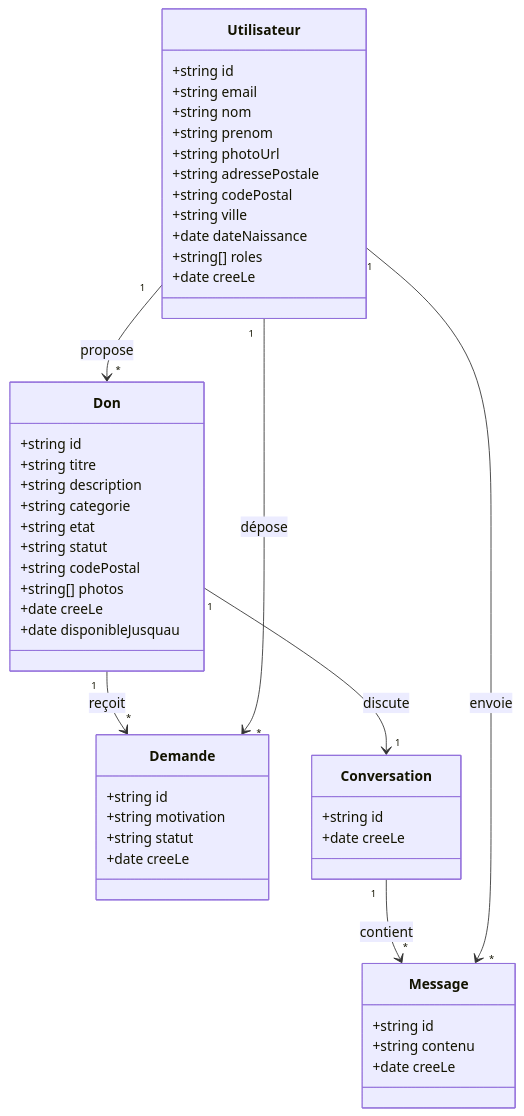
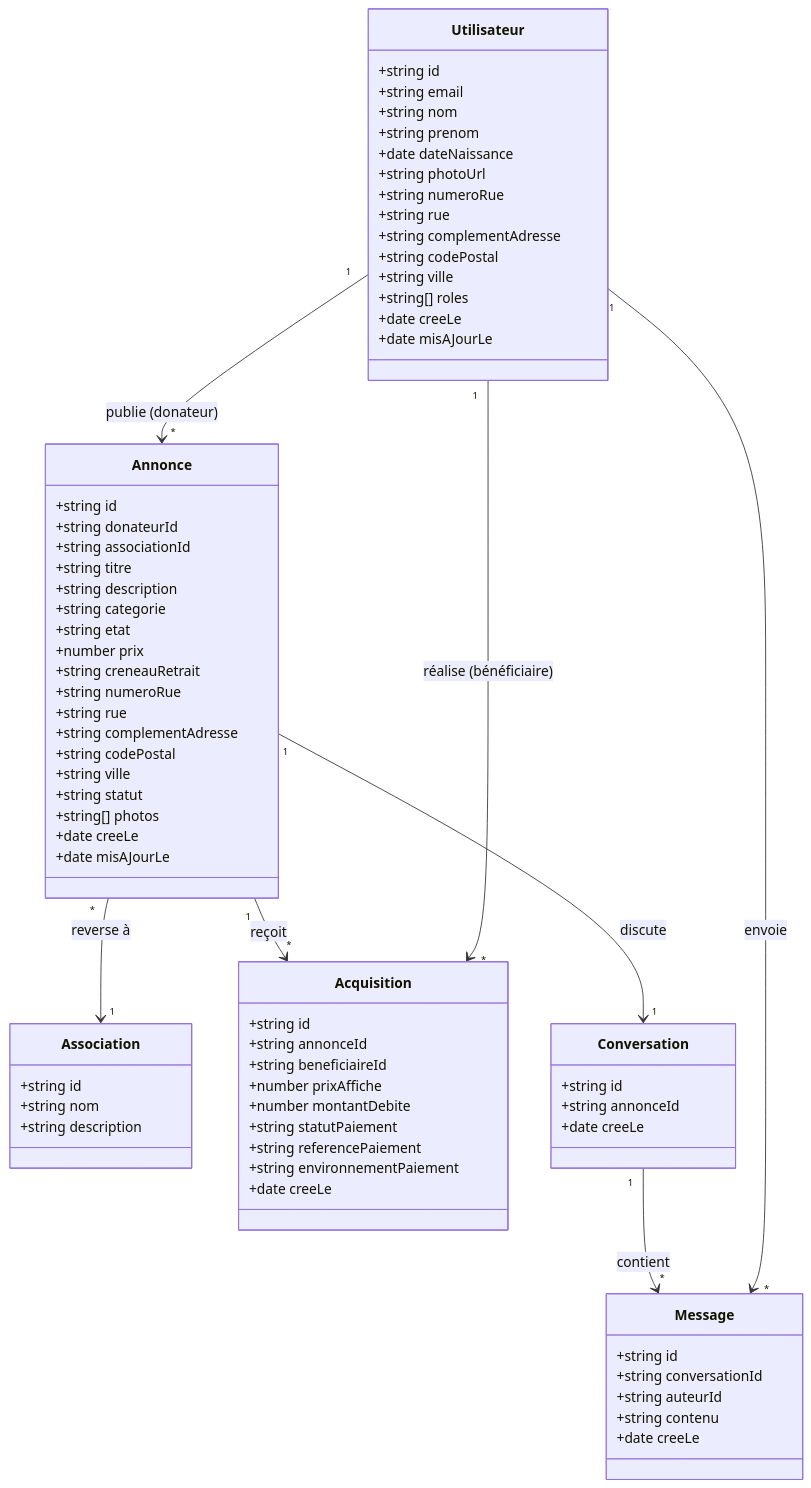
Before and after one commit to Lucas-ui/m2gdp-g6-don: the diagram in specs/data-model.md, drawn with Mermaid. The commit also changed other lines of this file and 19 other files, not shown here.

````diff
--- a/specs/data-model.md
+++ b/specs/data-model.md
@@ -17,54 +19,80 @@
 ```mermaid
 classDiagram
     class Utilisateur {
         +string id
         +string email
         +string nom
         +string prenom
+        +date dateNaissance
         +string photoUrl
-        +string adressePostale
+        +string numeroRue
+        +string rue
+        +string complementAdresse
         +string codePostal
         +string ville
-        +date dateNaissance
         +string[] roles
         +date creeLe
+        +date misAJourLe
     }
 
-    class Don {
+    class Annonce {
         +string id
+        +string donateurId
+        +string associationId
         +string titre
         +string description
         +string categorie
         +string etat
+        +number prix
+        +string creneauRetrait
+        +string numeroRue
+        +string rue
+        +string complementAdresse
+        +string codePostal
+        +string ville
         +string statut
-        +string codePostal
         +string[] photos
         +date creeLe
-        +date disponibleJusquau
+        +date misAJourLe
     }
 
-    class Demande {
+    class Association {
         +string id
-        +string motivation
-        +string statut
+        +string nom
+        +string description
+    }
+
+    class Acquisition {
+        +string id
+        +string annonceId
+        +string beneficiaireId
+        +number prixAffiche
+        +number montantDebite
+        +string statutPaiement
+        +string referencePaiement
+        +string environnementPaiement
         +date creeLe
     }
 
     class Conversation {
         +string id
+        +string annonceId
         +date creeLe
     }
 
     class Message {
         +string id
+        +string conversationId
+        +string auteurId
         +string contenu
         +date creeLe
     }
 
-    Utilisateur "1" --> "*" Don : propose
-    Don "1" --> "*" Demande : reçoit
-    Utilisateur "1" --> "*" Demande : dépose
-    Don "1" --> "1" Conversation : discute
+    Utilisateur "1" --> "*" Annonce : publie (donateur)
+    Annonce "*" --> "1" Association : reverse à
+    Annonce "1" --> "*" Acquisition : reçoit
+    Utilisateur "1" --> "*" Acquisition : réalise (bénéficiaire)
+    Annonce "1" --> "1" Conversation : discute
     Conversation "1" --> "*" Message : contient
     Utilisateur "1" --> "*" Message : envoie
 ```
````
